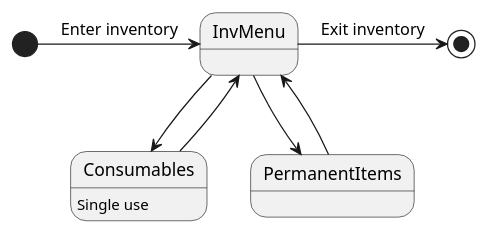
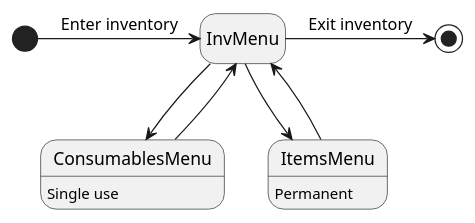
One commit to snackpackgames/ansible-text-specifications changed the diagram in uml/inventory.puml. Above: the diagram before and after it, drawn with PlantUML.

Commit message:
Put inventory.puml elements in proper order

```diff
--- a/uml/inventory.puml
+++ b/uml/inventory.puml
@@ -1,8 +1,28 @@
-Consumables : Single use
+@startuml Inventory
+/'==============
+= Set Defaults =
+=============='/
+skinparam defaultFontName Fira Code
+hide empty description
+
+/'========
+= States =
+========'/
+
+ConsumablesMenu : Single use
+ItemsMenu : Permanent
+state ConsumablesMenu
+
+
+/'=============
+= Transitions =
+============='/
 
 [*] -> InvMenu : Enter inventory
-InvMenu --> Consumables
-Consumables --> InvMenu
-InvMenu --> PermanentItems
-PermanentItems --> InvMenu
+InvMenu --> ConsumablesMenu
+ConsumablesMenu --> InvMenu
+InvMenu --> ItemsMenu
+ItemsMenu --> InvMenu
 InvMenu -> [*] : Exit inventory
+
+@enduml
```
